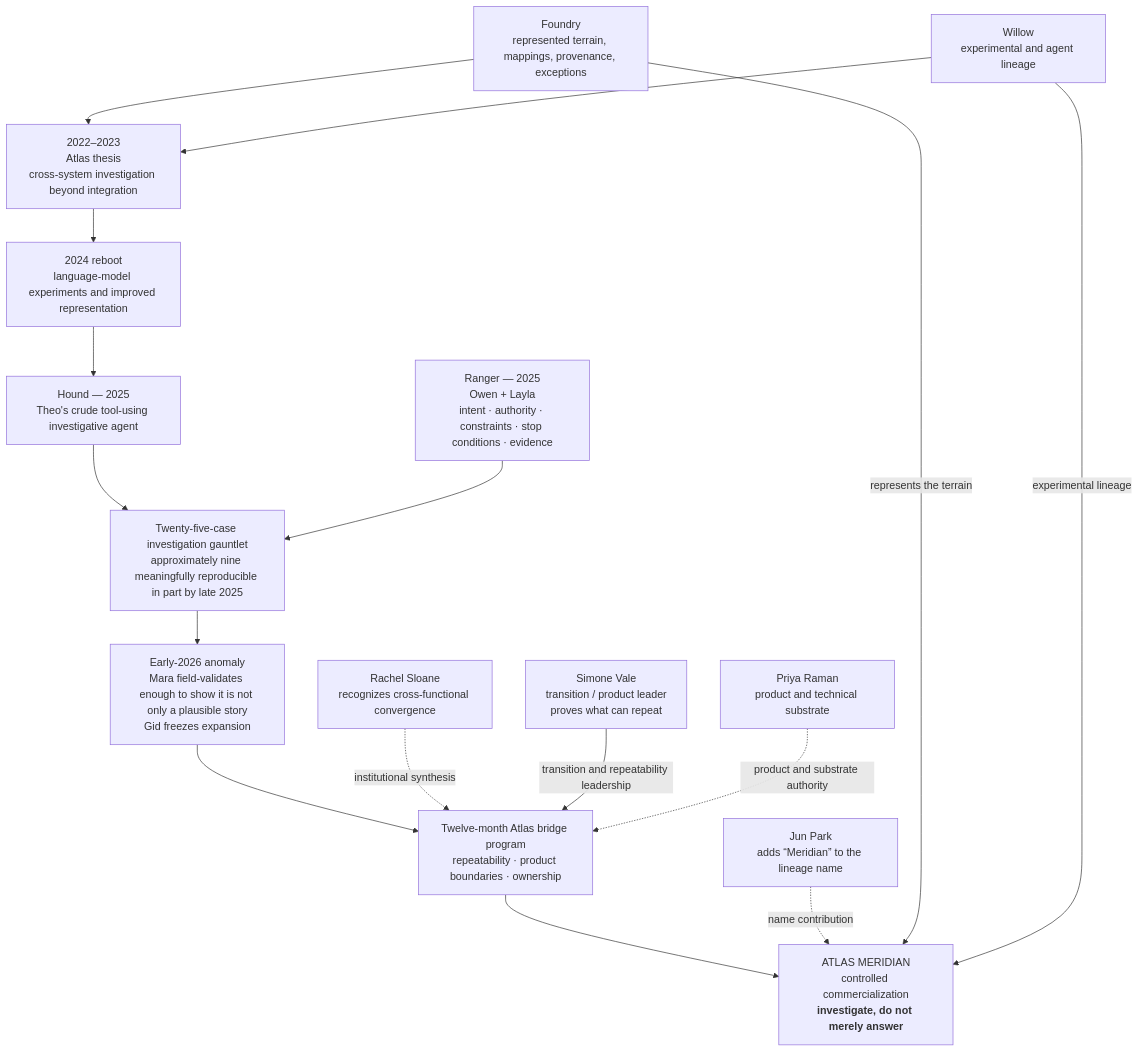
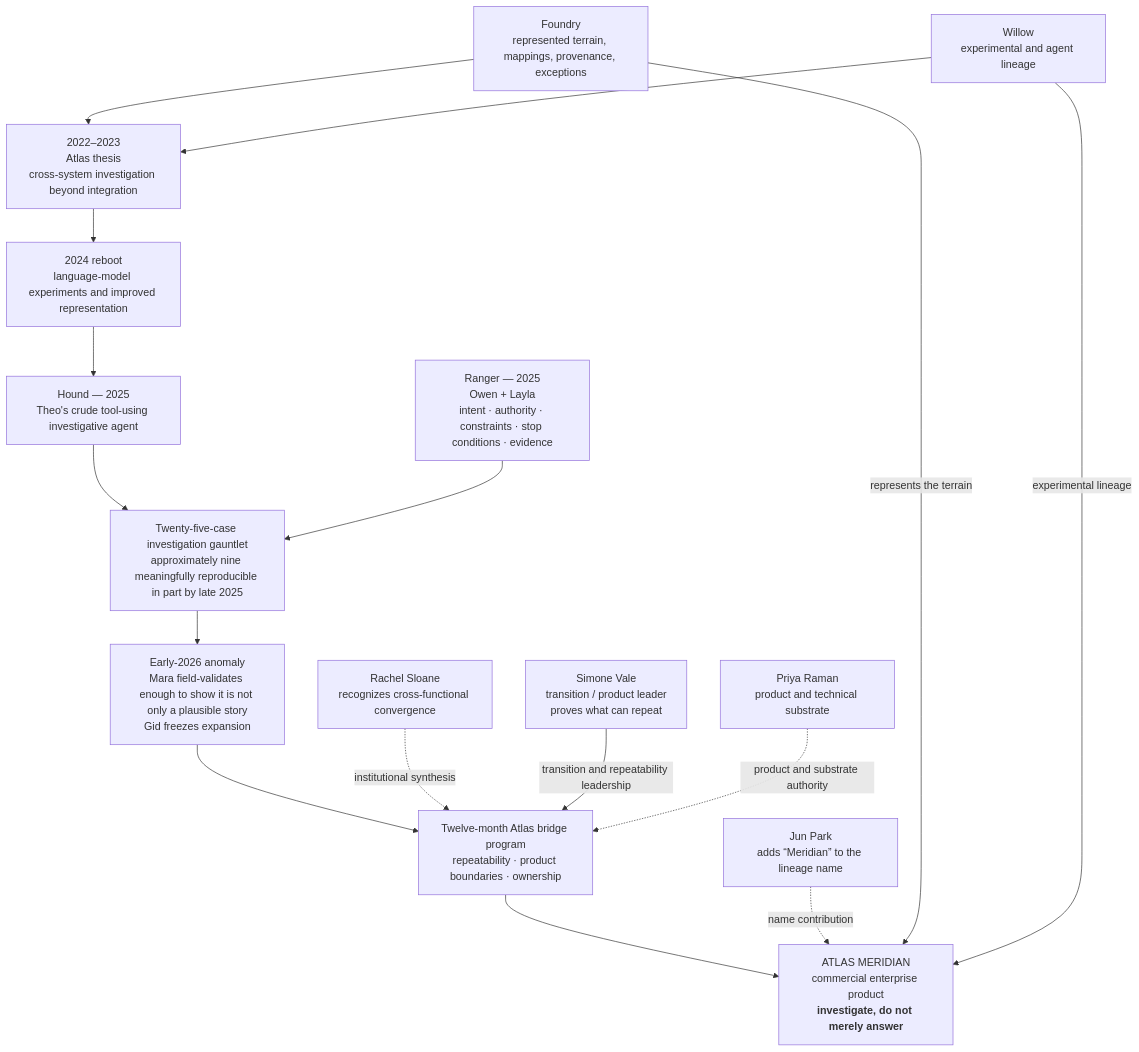
The second of 3 diagrams in docs/organization/WILLOW_AND_ATLAS_MERIDIAN.md (SquirmyWormy275/SABLEHARBOR), drawn with Mermaid before and after one commit. The commit also changed other lines of this file, not shown here.

Commit message:
Recast Atlas Meridian organization as product development

````diff
--- a/docs/organization/WILLOW_AND_ATLAS_MERIDIAN.md
+++ b/docs/organization/WILLOW_AND_ATLAS_MERIDIAN.md
@@ -49,33 +49,33 @@
 ```mermaid
 flowchart TB
     THESIS["2022–2023<br/>Atlas thesis<br/>cross-system investigation beyond integration"]
     REBOOT["2024 reboot<br/>language-model experiments and improved representation"]
     HOUND["Hound — 2025<br/>Theo's crude tool-using investigative agent"]
     RANGER["Ranger — 2025<br/>Owen + Layla<br/>intent · authority · constraints · stop conditions · evidence"]
     GAUNTLET["Twenty-five-case investigation gauntlet<br/>approximately nine meaningfully reproducible in part by late 2025"]
     ANOMALY["Early-2026 anomaly<br/>Mara field-validates enough to show it is not only a plausible story<br/>Gid freezes expansion"]
     BRIDGE["Twelve-month Atlas bridge program<br/>repeatability · product boundaries · ownership"]
-    ATLAS["ATLAS MERIDIAN<br/>controlled commercialization<br/><b>investigate, do not merely answer</b>"]
+    ATLAS["ATLAS MERIDIAN<br/>commercial enterprise product<br/><b>investigate, do not merely answer</b>"]
 
     FOUNDRY["Foundry<br/>represented terrain, mappings, provenance, exceptions"]
     WILLOW["Willow<br/>experimental and agent lineage"]
     SLOANE["Rachel Sloane<br/>recognizes cross-functional convergence"]
     SIMONE["Simone Vale<br/>transition / product leader<br/>proves what can repeat"]
     PRIYA["Priya Raman<br/>product and technical substrate"]
     JUN["Jun Park<br/>adds “Meridian” to the lineage name"]
 
     FOUNDRY --> THESIS
     WILLOW --> THESIS
     THESIS --> REBOOT
     REBOOT --> HOUND
     HOUND --> GAUNTLET
     RANGER --> GAUNTLET
     GAUNTLET --> ANOMALY --> BRIDGE --> ATLAS
 
     SLOANE -.->|institutional synthesis| BRIDGE
     SIMONE -->|transition and repeatability leadership| BRIDGE
     PRIYA -.->|product and substrate authority| BRIDGE
     JUN -.->|name contribution| ATLAS
     FOUNDRY -->|represents the terrain| ATLAS
     WILLOW -->|experimental lineage| ATLAS
 ```
````
